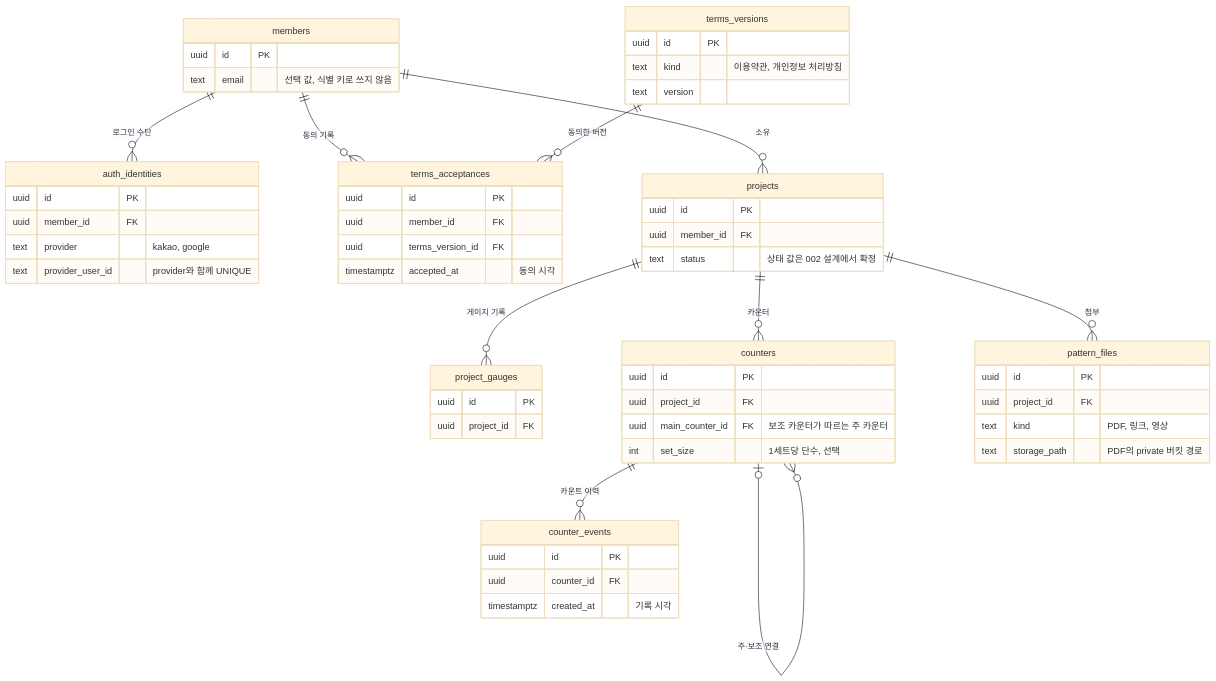
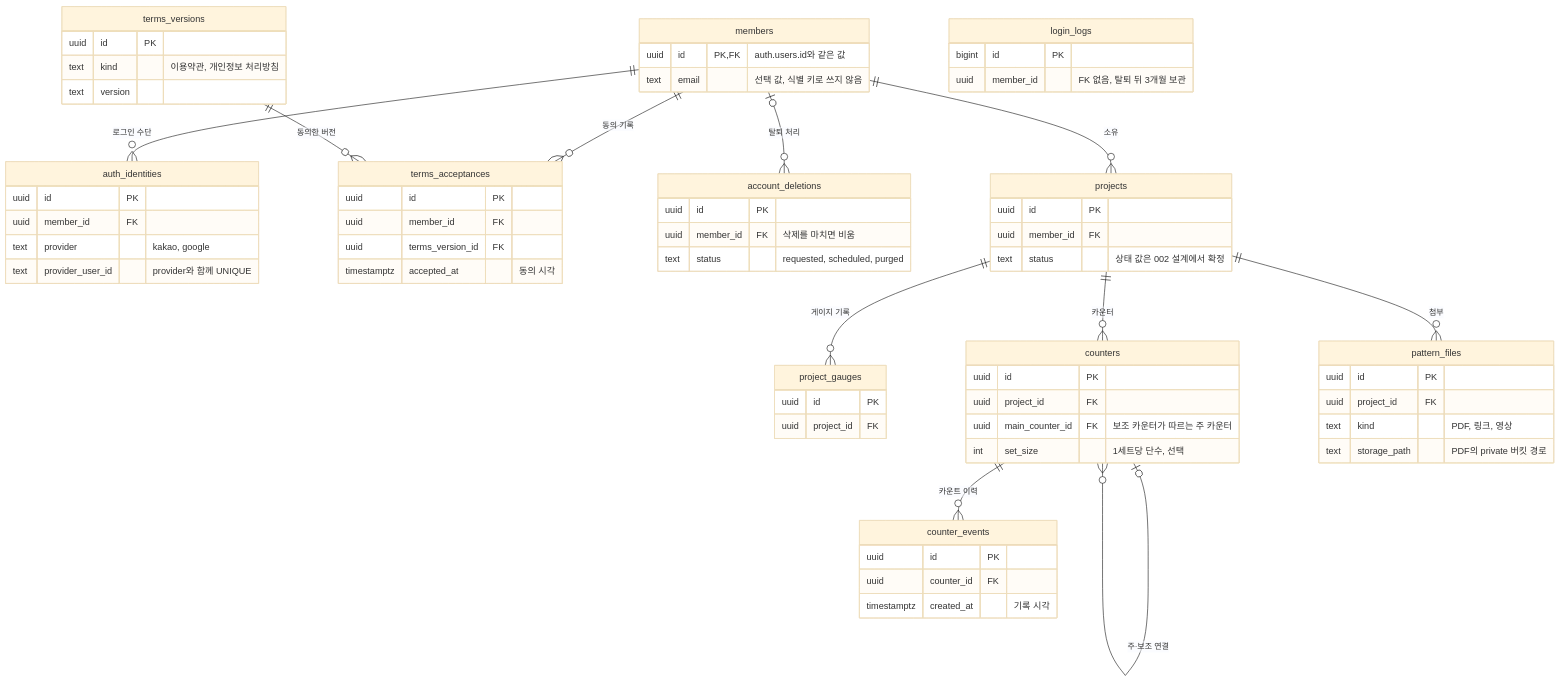
One commit to god3v/hamtteukka changed the first of 2 diagrams in docs/architecture/erd-overview.md. Above: the diagram before and after it, drawn with Mermaid (base theme). The commit also changed other lines of this file and 8 other files, not shown here.

````diff
--- a/docs/architecture/erd-overview.md
+++ b/docs/architecture/erd-overview.md
@@ -19,60 +19,70 @@
 ```mermaid
 erDiagram
   members ||--o{ auth_identities : "로그인 수단"
   members ||--o{ terms_acceptances : "동의 기록"
   terms_versions ||--o{ terms_acceptances : "동의한 버전"
+  members |o--o{ account_deletions : "탈퇴 처리"
   members ||--o{ projects : "소유"
   projects ||--o{ project_gauges : "게이지 기록"
   projects ||--o{ counters : "카운터"
   counters |o--o{ counters : "주·보조 연결"
   counters ||--o{ counter_events : "카운트 이력"
   projects ||--o{ pattern_files : "첨부"
 
   members {
-    uuid id PK
+    uuid id PK, FK "auth.users.id와 같은 값"
     text email "선택 값, 식별 키로 쓰지 않음"
   }
   auth_identities {
     uuid id PK
     uuid member_id FK
     text provider "kakao, google"
     text provider_user_id "provider와 함께 UNIQUE"
   }
   terms_versions {
     uuid id PK
     text kind "이용약관, 개인정보 처리방침"
     text version
   }
   terms_acceptances {
     uuid id PK
     uuid member_id FK
     uuid terms_version_id FK
     timestamptz accepted_at "동의 시각"
+  }
+  account_deletions {
+    uuid id PK
+    uuid member_id FK "삭제를 마치면 비움"
+    text status "requested, scheduled, purged"
+  }
+  login_logs {
+    bigint id PK
+    uuid member_id "FK 없음, 탈퇴 뒤 3개월 보관"
   }
   projects {
     uuid id PK
     uuid member_id FK
     text status "상태 값은 002 설계에서 확정"
   }
   project_gauges {
     uuid id PK
     uuid project_id FK
   }
   counters {
     uuid id PK
     uuid project_id FK
     uuid main_counter_id FK "보조 카운터가 따르는 주 카운터"
     int set_size "1세트당 단수, 선택"
   }
   counter_events {
     uuid id PK
     uuid counter_id FK
     timestamptz created_at "기록 시각"
   }
   pattern_files {
     uuid id PK
     uuid project_id FK
     text kind "PDF, 링크, 영상"
     text storage_path "PDF의 private 버킷 경로"
   }
 ```
````
